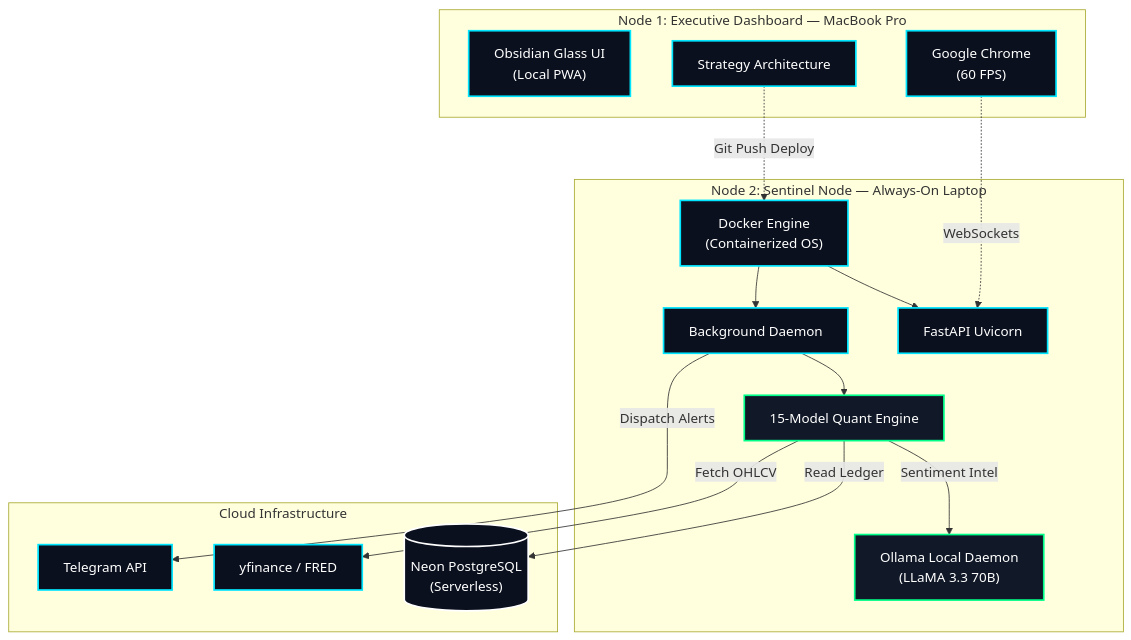
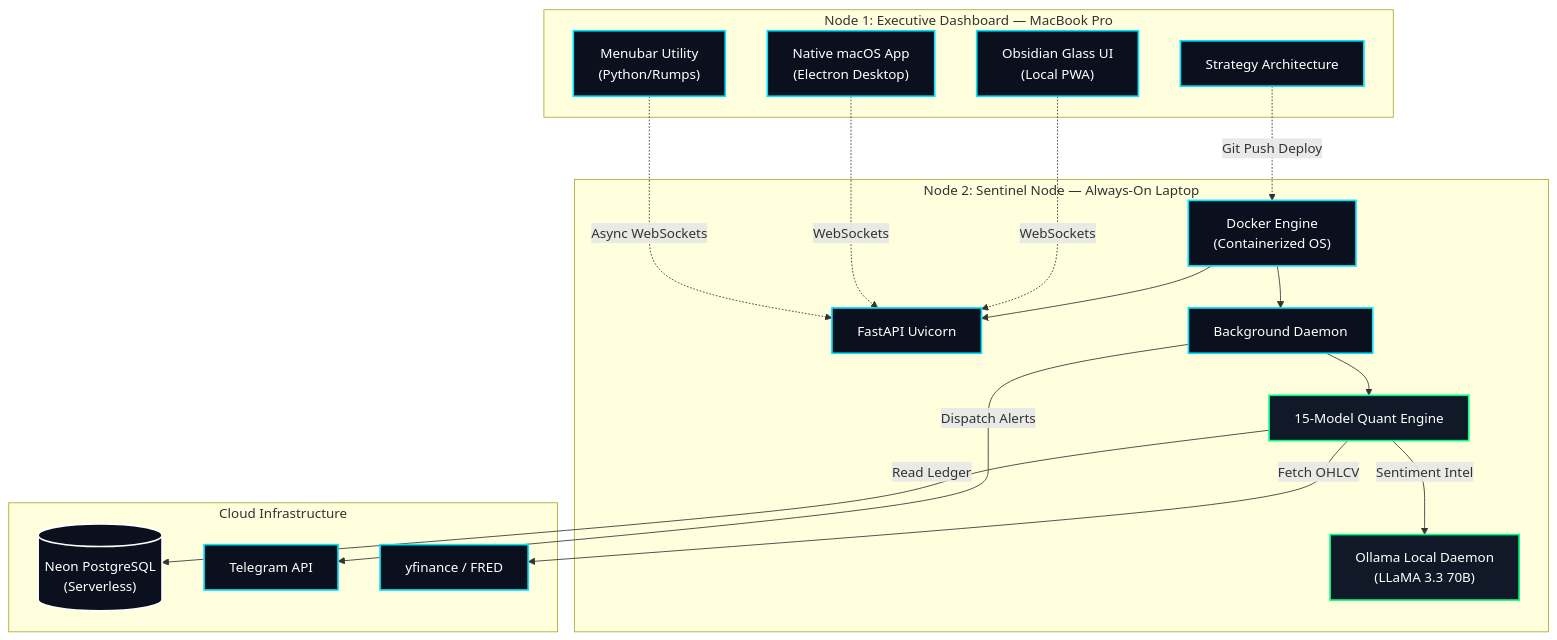
Before and after one commit to SaiSiddharthBS/MarketAnalyser: the diagram in .github/assets/diagrams/architecture.mmd, drawn with Mermaid. The commit also changed 4 other files, not shown here.

Commit message:
docs: Inject native macOS apps into architecture and diagrams

```diff
--- a/.github/assets/diagrams/architecture.mmd
+++ b/.github/assets/diagrams/architecture.mmd
@@ -1,39 +1,42 @@
 graph TB
     subgraph Node1["Node 1: Executive Dashboard — MacBook Pro"]
         UI["Obsidian Glass UI\n(Local PWA)"]
+        MacApp["Native macOS App\n(Electron Desktop)"]
+        Menubar["Menubar Utility\n(Python/Rumps)"]
         Dev["Strategy Architecture"]
-        Browser["Google Chrome\n(60 FPS)"]
     end
 
     subgraph Node2["Node 2: Sentinel Node — Always-On Laptop"]
         Docker["Docker Engine\n(Containerized OS)"]
         FastAPI["FastAPI Uvicorn"]
         Ollama["Ollama Local Daemon\n(LLaMA 3.3 70B)"]
         Cron["Background Daemon"]
         Quant["15-Model Quant Engine"]
         
         Docker --> FastAPI
         Docker --> Cron
         Cron --> Quant
         Quant -->|"Sentiment Intel"| Ollama
     end
 
     subgraph Cloud["Cloud Infrastructure"]
         DB[("Neon PostgreSQL\n(Serverless)")]
         TG["Telegram API"]
         Data["yfinance / FRED"]
     end
 
-    Browser -.->|"WebSockets"| FastAPI
+    UI -.->|"WebSockets"| FastAPI
+    MacApp -.->|"WebSockets"| FastAPI
+    Menubar -.->|"Async WebSockets"| FastAPI
     Quant -->|"Read Ledger"| DB
     Quant -->|"Fetch OHLCV"| Data
     Cron -->|"Dispatch Alerts"| TG
     Dev -.->|"Git Push Deploy"| Docker
 
     classDef default fill:#0b101e,stroke:#00e5ff,stroke-width:2px,color:#ffffff;
     classDef highlight fill:#111827,stroke:#00ff88,stroke-width:2px,color:#ffffff;
     classDef db fill:#0b101e,stroke:#ffffff,stroke-width:2px,color:#ffffff;
     
-    class UI,Dev,Browser,Docker,FastAPI,Cron,TG,Data default;
+    class UI,Dev,MacApp,Menubar,Docker,FastAPI,Cron,TG,Data default;
     class Quant,Ollama highlight;
     class DB db;
```
